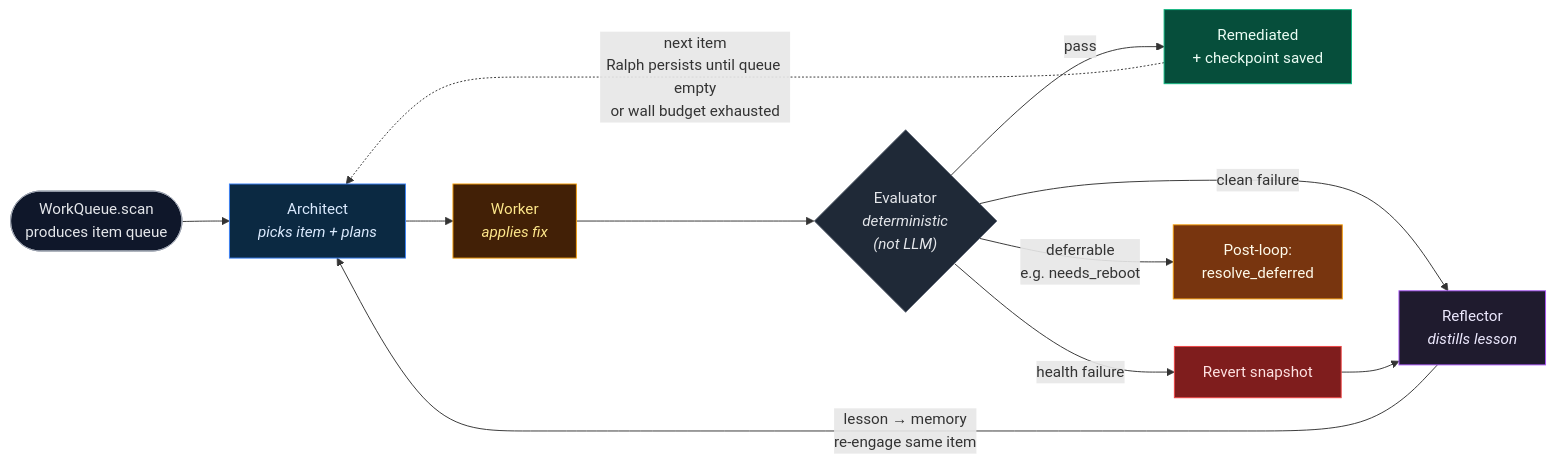
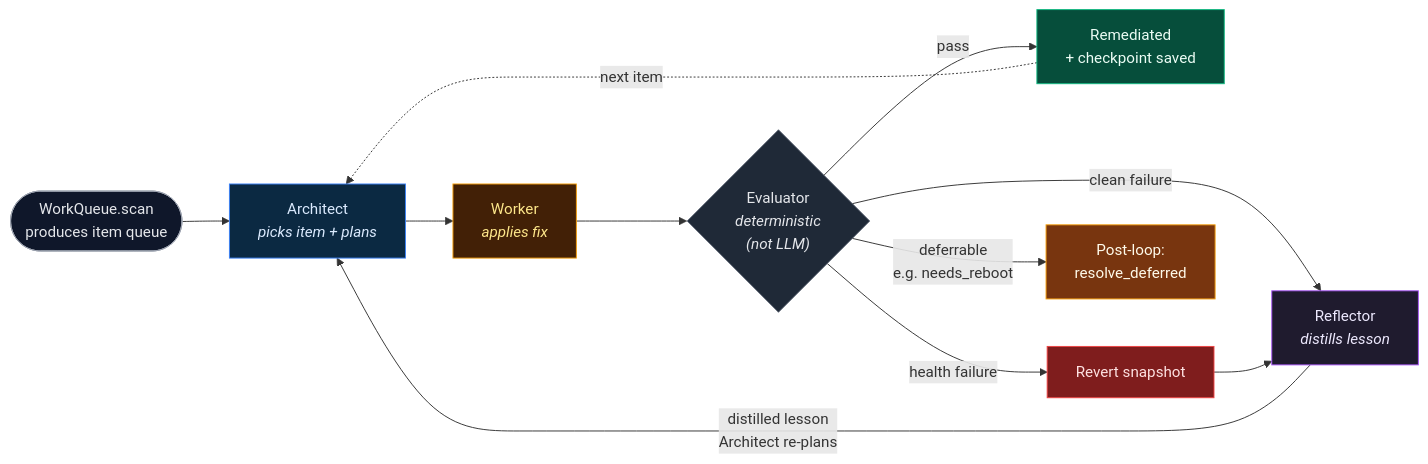
Before and after one commit to kenrollins/gemma-forge: the first of 3 diagrams in docs/journal/architecture/00-system-architecture.md, drawn with Mermaid. The commit also changed other lines of this file, not shown here.

First line of the commit message:
docs(architecture): tighten reflexion-loop labels, clarify memory path

````diff
--- a/docs/journal/architecture/00-system-architecture.md
+++ b/docs/journal/architecture/00-system-architecture.md
@@ -46,31 +46,31 @@
 ```mermaid
 flowchart LR
     Scan([WorkQueue.scan<br/>produces item queue]) --> Arch
     Arch[Architect<br/><i>picks item + plans</i>] --> Work[Worker<br/><i>applies fix</i>]
     Work --> Eval{"Evaluator<br/><i>deterministic</i><br/><i>(not LLM)</i>"}
     Eval -->|pass| Done[Remediated<br/>+ checkpoint saved]
     Eval -->|clean failure| Refl[Reflector<br/><i>distills lesson</i>]
     Eval -->|health failure| Revert[Revert snapshot]
     Eval -->|deferrable<br/>e.g. needs_reboot| Defer[Post-loop:<br/>resolve_deferred]
     Revert --> Refl
-    Refl -->|lesson → memory<br/>re-engage same item| Arch
-    Done -.->|next item<br/>Ralph persists until queue empty<br/>or wall budget exhausted| Arch
+    Refl -->|distilled lesson<br/>Architect re-plans| Arch
+    Done -.->|next item| Arch
 
     classDef scan fill:#0f172a,stroke:#9CA3AF,color:#E5E7EB
     classDef architect fill:#0b2942,stroke:#3B82F6,color:#DBEAFE
     classDef worker fill:#422006,stroke:#F59E0B,color:#FDE68A
     classDef eval fill:#1f2937,stroke:#6B7280,color:#E5E7EB
     classDef reflector fill:#1f1b2e,stroke:#A855F7,color:#EDE9FE
     classDef done fill:#064e3b,stroke:#10B981,color:#ECFDF5
     classDef fail fill:#7f1d1d,stroke:#EF4444,color:#FEE2E2
     classDef defer fill:#78350f,stroke:#F59E0B,color:#FFFBEB
 
     class Scan scan
     class Arch architect
     class Work worker
     class Eval eval
     class Refl reflector
     class Done done
     class Revert fail
     class Defer defer
 ```
````
